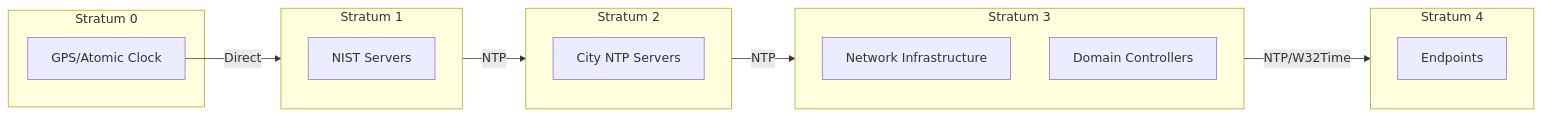
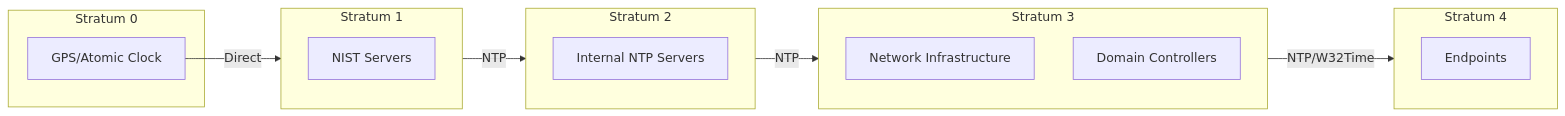
Before and after one commit to NewOrleansITI/networkstandards: the second of 7 diagrams in docs/services/ntp-standards.md, drawn with Mermaid. The commit also changed other lines of this file and 17 other files, not shown here.

````diff
--- a/docs/services/ntp-standards.md
+++ b/docs/services/ntp-standards.md
@@ -102,28 +102,28 @@
 ```mermaid
 graph LR
     subgraph S0["Stratum 0"]
         GPS["GPS/Atomic Clock"]
     end
 
     subgraph S1["Stratum 1"]
         NIST["NIST Servers"]
     end
 
     subgraph S2["Stratum 2"]
-        INTERNAL["City NTP Servers"]
+        INTERNAL["Internal NTP Servers"]
     end
 
     subgraph S3["Stratum 3"]
         INFRA["Network Infrastructure"]
         DC2["Domain Controllers"]
     end
 
     subgraph S4["Stratum 4"]
         ENDPOINT["Endpoints"]
     end
 
     GPS --> |"Direct"| S1
     S1 --> |"NTP"| S2
     S2 --> |"NTP"| S3
     S3 --> |"NTP/W32Time"| S4
 ```
````
